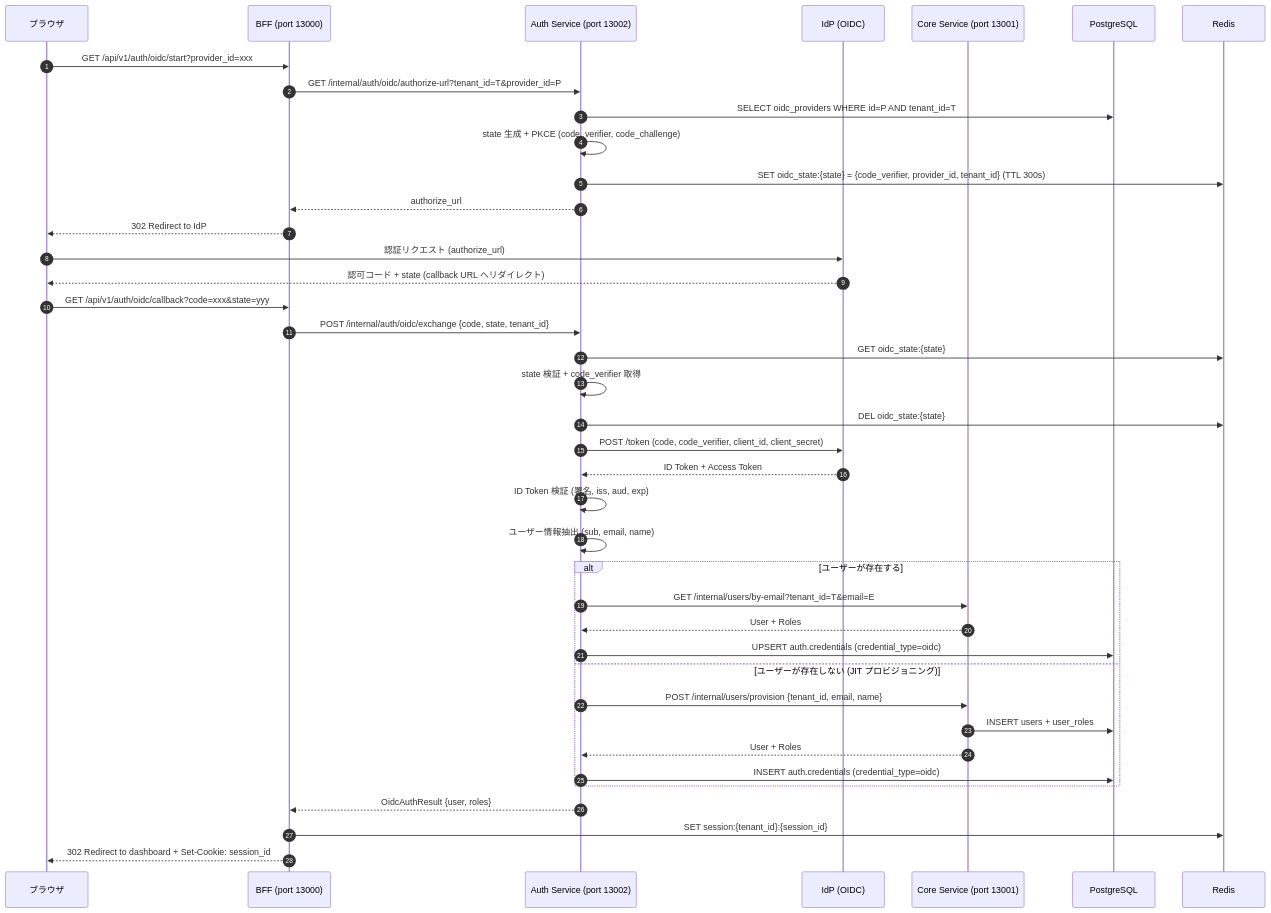
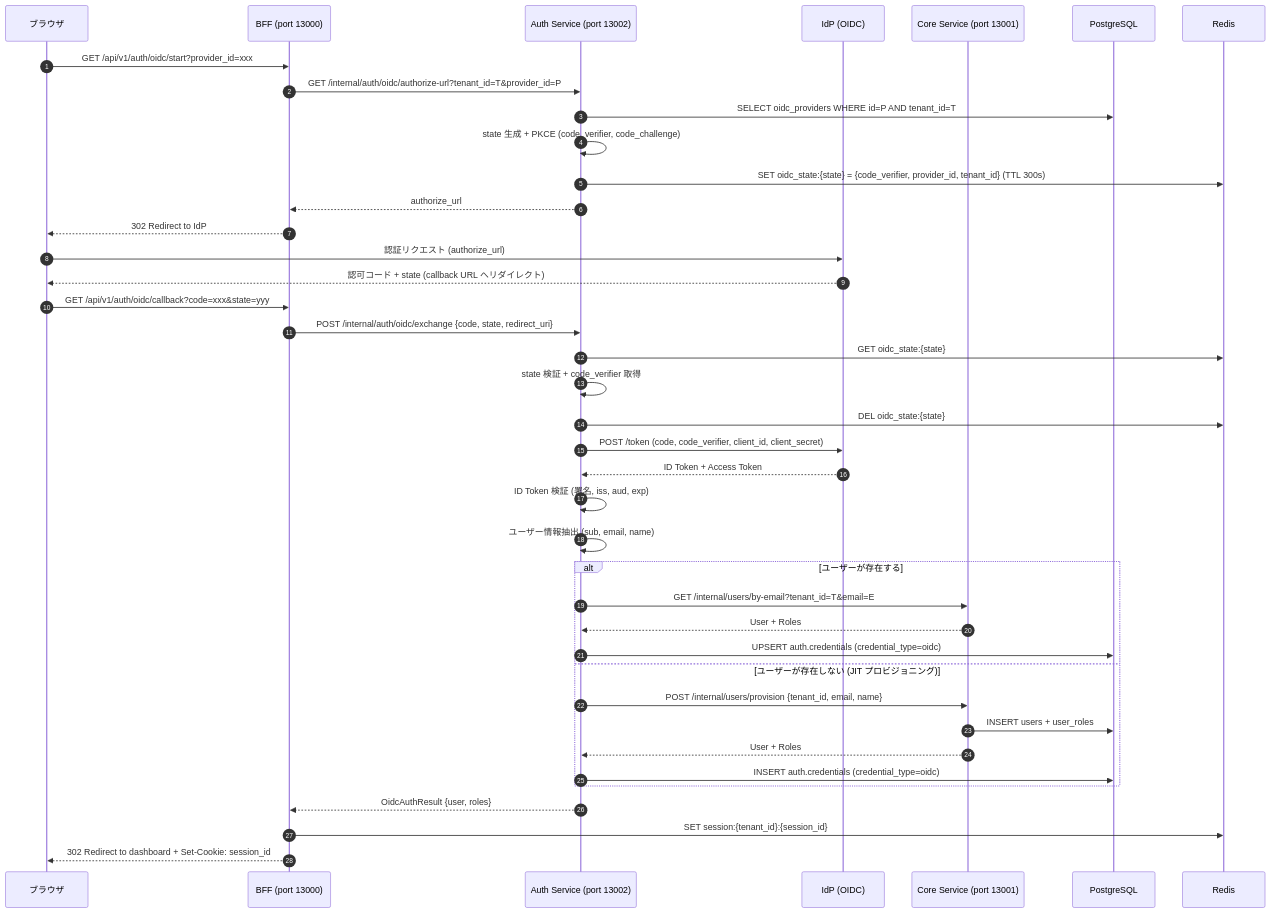
One commit to ka2kama/ringiflow changed the first of 4 diagrams in docs/40_詳細設計書/18_SSO認証設計.md. Above: the diagram before and after it, drawn with Mermaid. The commit also changed other lines of this file, not shown here.

````diff
--- a/docs/40_詳細設計書/18_SSO認証設計.md
+++ b/docs/40_詳細設計書/18_SSO認証設計.md
@@ -39,47 +39,47 @@
 ```mermaid
 sequenceDiagram
     autonumber
     participant Browser as ブラウザ
     participant BFF as BFF (port 13000)
     participant Auth as Auth Service (port 13002)
     participant IdP as IdP (OIDC)
     participant Core as Core Service (port 13001)
     participant DB as PostgreSQL
     participant Redis as Redis
 
     Browser->>BFF: GET /api/v1/auth/oidc/start?provider_id=xxx
     BFF->>Auth: GET /internal/auth/oidc/authorize-url?tenant_id=T&provider_id=P
     Auth->>DB: SELECT oidc_providers WHERE id=P AND tenant_id=T
     Auth->>Auth: state 生成 + PKCE (code_verifier, code_challenge)
     Auth->>Redis: SET oidc_state:{state} = {code_verifier, provider_id, tenant_id} (TTL 300s)
     Auth-->>BFF: authorize_url
     BFF-->>Browser: 302 Redirect to IdP
 
     Browser->>IdP: 認証リクエスト (authorize_url)
     IdP-->>Browser: 認可コード + state (callback URL へリダイレクト)
 
     Browser->>BFF: GET /api/v1/auth/oidc/callback?code=xxx&state=yyy
-    BFF->>Auth: POST /internal/auth/oidc/exchange {code, state, tenant_id}
+    BFF->>Auth: POST /internal/auth/oidc/exchange {code, state, redirect_uri}
     Auth->>Redis: GET oidc_state:{state}
     Auth->>Auth: state 検証 + code_verifier 取得
     Auth->>Redis: DEL oidc_state:{state}
     Auth->>IdP: POST /token (code, code_verifier, client_id, client_secret)
     IdP-->>Auth: ID Token + Access Token
     Auth->>Auth: ID Token 検証 (署名, iss, aud, exp)
     Auth->>Auth: ユーザー情報抽出 (sub, email, name)
 
     alt ユーザーが存在する
         Auth->>Core: GET /internal/users/by-email?tenant_id=T&email=E
         Core-->>Auth: User + Roles
         Auth->>DB: UPSERT auth.credentials (credential_type=oidc)
     else ユーザーが存在しない (JIT プロビジョニング)
         Auth->>Core: POST /internal/users/provision {tenant_id, email, name}
         Core->>DB: INSERT users + user_roles
         Core-->>Auth: User + Roles
         Auth->>DB: INSERT auth.credentials (credential_type=oidc)
     end
 
     Auth-->>BFF: OidcAuthResult {user, roles}
     BFF->>Redis: SET session:{tenant_id}:{session_id}
     BFF-->>Browser: 302 Redirect to dashboard + Set-Cookie: session_id
 ```
````
